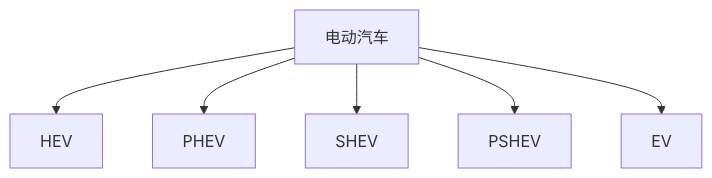
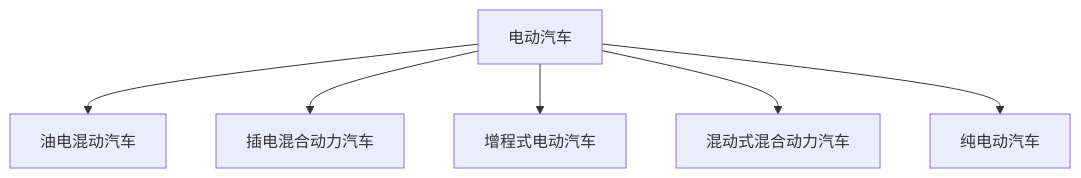
One commit to AutoArtisan/CarVerse changed the diagram in src/nevhicle/电动汽车包括哪些类型.md. Above: the diagram before and after it, drawn with Mermaid. The commit also changed other lines of this file and 7 other files, not shown here.

````diff
--- a/src/nevhicle/电动汽车包括哪些类型.md
+++ b/src/nevhicle/电动汽车包括哪些类型.md
@@ -16,9 +16,9 @@
 ```mermaid
 
 flowchart TB
-    电动汽车-->HEV
-    电动汽车-->PHEV
-    电动汽车-->SHEV
-    电动汽车-->PSHEV
-    电动汽车-->EV
+    电动汽车-->油电混动汽车
+    电动汽车-->插电混合动力汽车
+    电动汽车-->增程式电动汽车
+    电动汽车-->混动式混合动力汽车
+    电动汽车-->纯电动汽车
 ```
````
